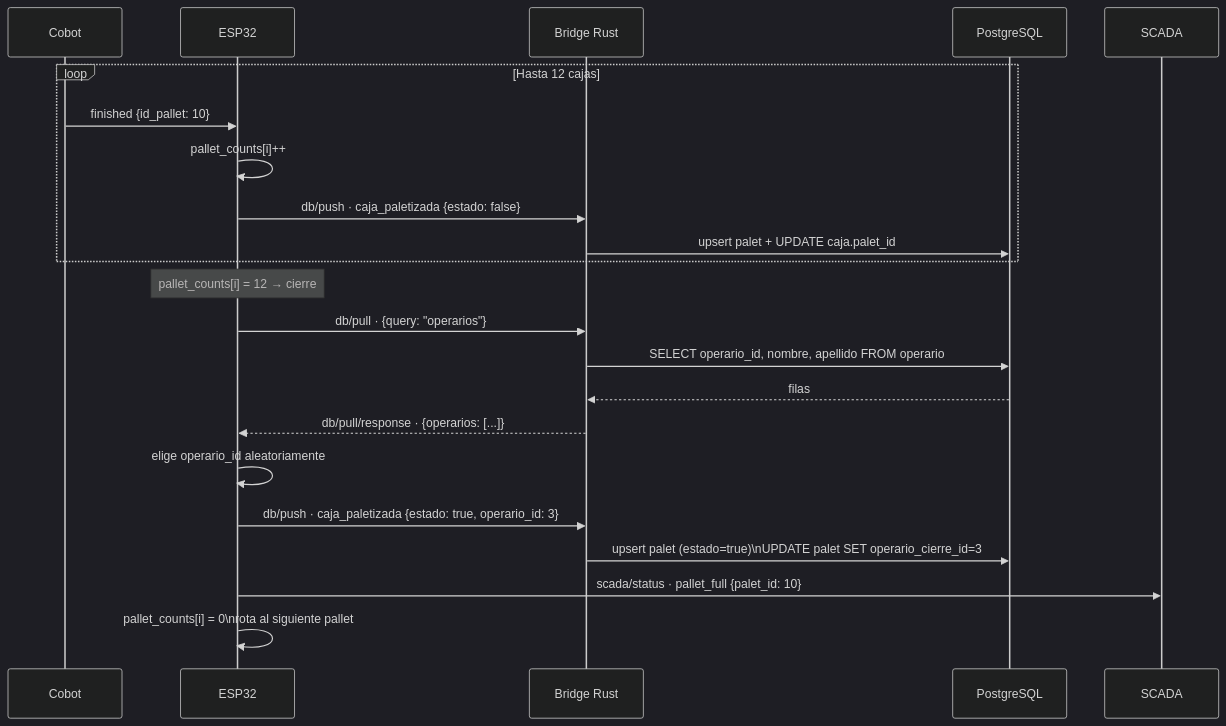
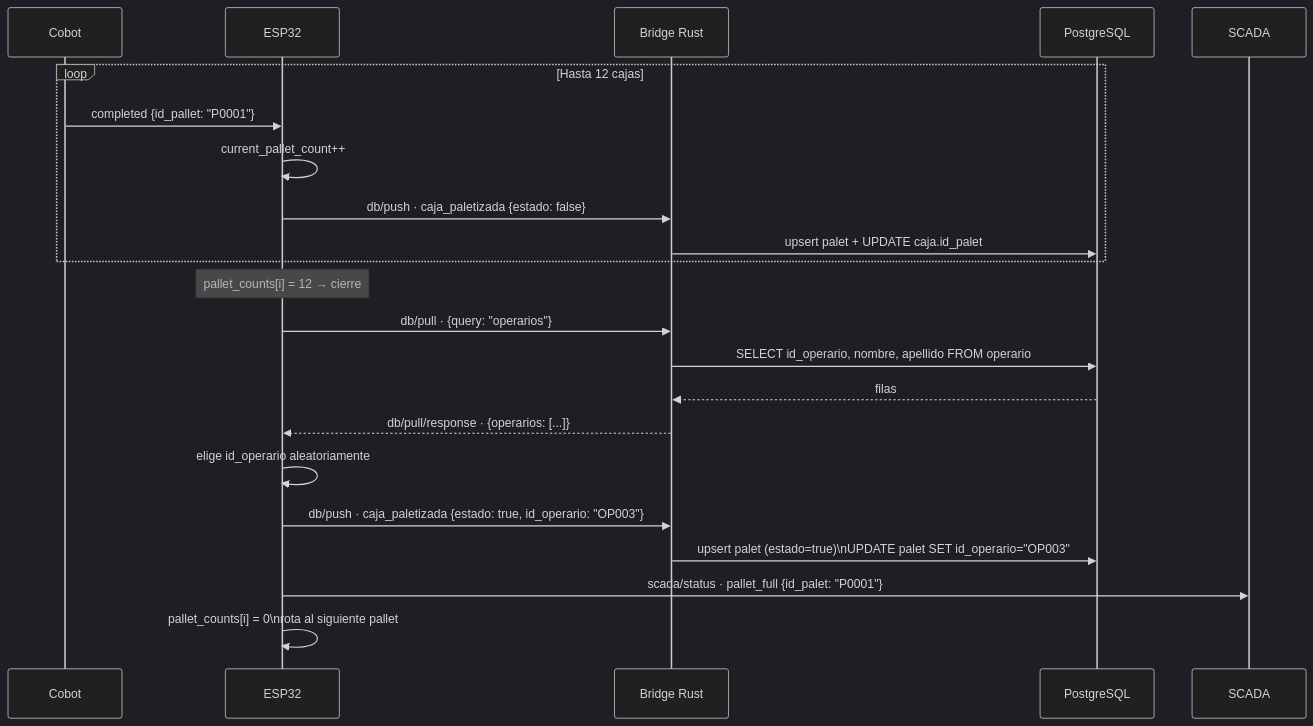
The fifth of 7 diagrams in c/Diagramas_flujo.md (PR2-A1/Proyecto), drawn with Mermaid (dark theme) before and after one commit. The commit also changed other lines of this file and 21 other files, not shown here.

````diff
--- a/c/Diagramas_flujo.md
+++ b/c/Diagramas_flujo.md
@@ -144,26 +144,26 @@
 ```mermaid
 sequenceDiagram
     participant Cobot
     participant ESP32
     participant Bridge as Bridge Rust
     participant DB as PostgreSQL
     participant SCADA
 
     loop Hasta 12 cajas
-        Cobot->>ESP32: finished {id_pallet: 10}
-        ESP32->>ESP32: pallet_counts[i]++
+        Cobot->>ESP32: completed {id_pallet: "P0001"}
+        ESP32->>ESP32: current_pallet_count++
         ESP32->>Bridge: db/push · caja_paletizada {estado: false}
-        Bridge->>DB: upsert palet + UPDATE caja.palet_id
+        Bridge->>DB: upsert palet + UPDATE caja.id_palet
     end
 
     Note over ESP32: pallet_counts[i] = 12 → cierre
     ESP32->>Bridge: db/pull · {query: "operarios"}
-    Bridge->>DB: SELECT operario_id, nombre, apellido FROM operario
+    Bridge->>DB: SELECT id_operario, nombre, apellido FROM operario
     DB-->>Bridge: filas
     Bridge-->>ESP32: db/pull/response · {operarios: [...]}
-    ESP32->>ESP32: elige operario_id aleatoriamente
-    ESP32->>Bridge: db/push · caja_paletizada {estado: true, operario_id: 3}
-    Bridge->>DB: upsert palet (estado=true)\nUPDATE palet SET operario_cierre_id=3
-    ESP32->>SCADA: scada/status · pallet_full {palet_id: 10}
+    ESP32->>ESP32: elige id_operario aleatoriamente
+    ESP32->>Bridge: db/push · caja_paletizada {estado: true, id_operario: "OP003"}
+    Bridge->>DB: upsert palet (estado=true)\nUPDATE palet SET id_operario="OP003"
+    ESP32->>SCADA: scada/status · pallet_full {id_palet: "P0001"}
     ESP32->>ESP32: pallet_counts[i] = 0\nrota al siguiente pallet
 ```
````
